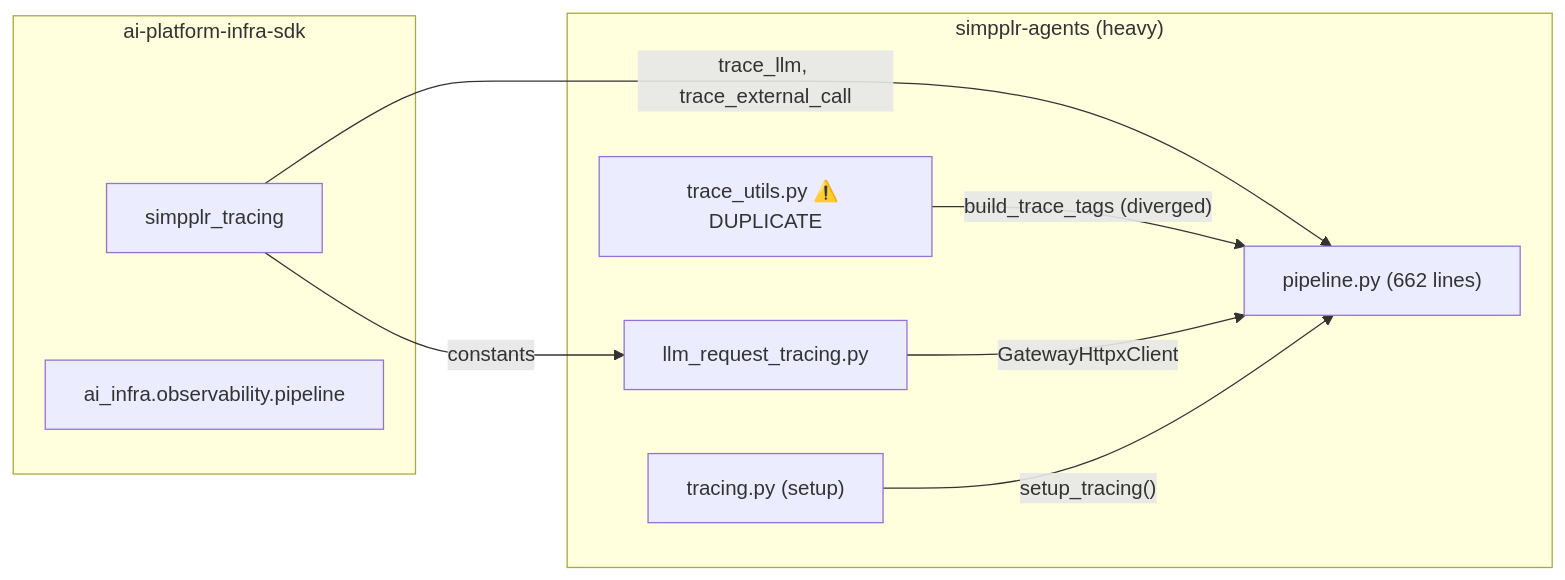
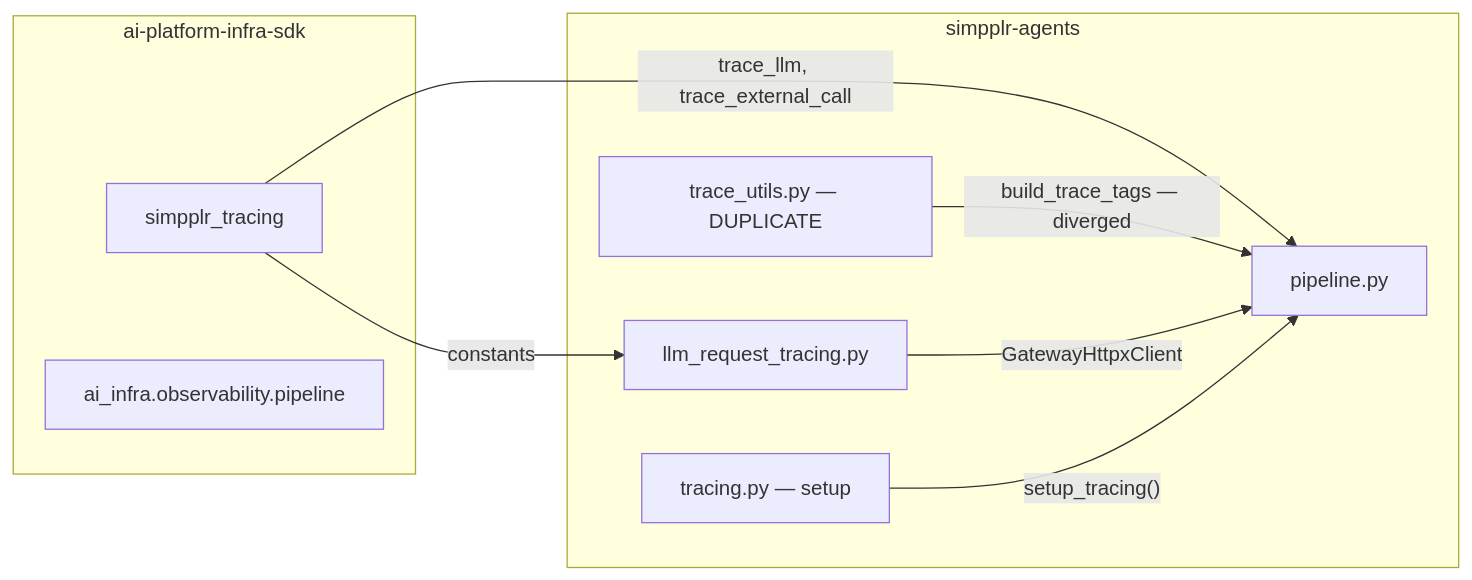
One commit to nishipaul/AI_Content_Agent_Replica changed the first of 4 diagrams in temp_trace.md. Above: the diagram before and after it, drawn with Mermaid. The commit also changed other lines of this file, not shown here.

First line of the commit message:
Refactor tracing migration architecture and documentation

````diff
--- a/temp_trace.md
+++ b/temp_trace.md
@@ -11,20 +19,20 @@
 ```mermaid
 graph LR
   subgraph SDK["ai-platform-infra-sdk"]
     ST["simpplr_tracing"]
     CoreObs["ai_infra.observability.pipeline"]
   end
 
-  subgraph SA["simpplr-agents (heavy)"]
-    TU["trace_utils.py ⚠️ DUPLICATE"]
+  subgraph SA["simpplr-agents"]
+    TU["trace_utils.py — DUPLICATE"]
     LRT["llm_request_tracing.py"]
-    TR["tracing.py (setup)"]
-    PL["pipeline.py (662 lines)"]
+    TR["tracing.py — setup"]
+    PL["pipeline.py"]
   end
 
   ST -->|"trace_llm, trace_external_call"| PL
   ST -->|"constants"| LRT
-  TU -->|"build_trace_tags (diverged)"| PL
+  TU -->|"build_trace_tags — diverged"| PL
   LRT -->|"GatewayHttpxClient"| PL
   TR -->|"setup_tracing()"| PL
 ```
````
